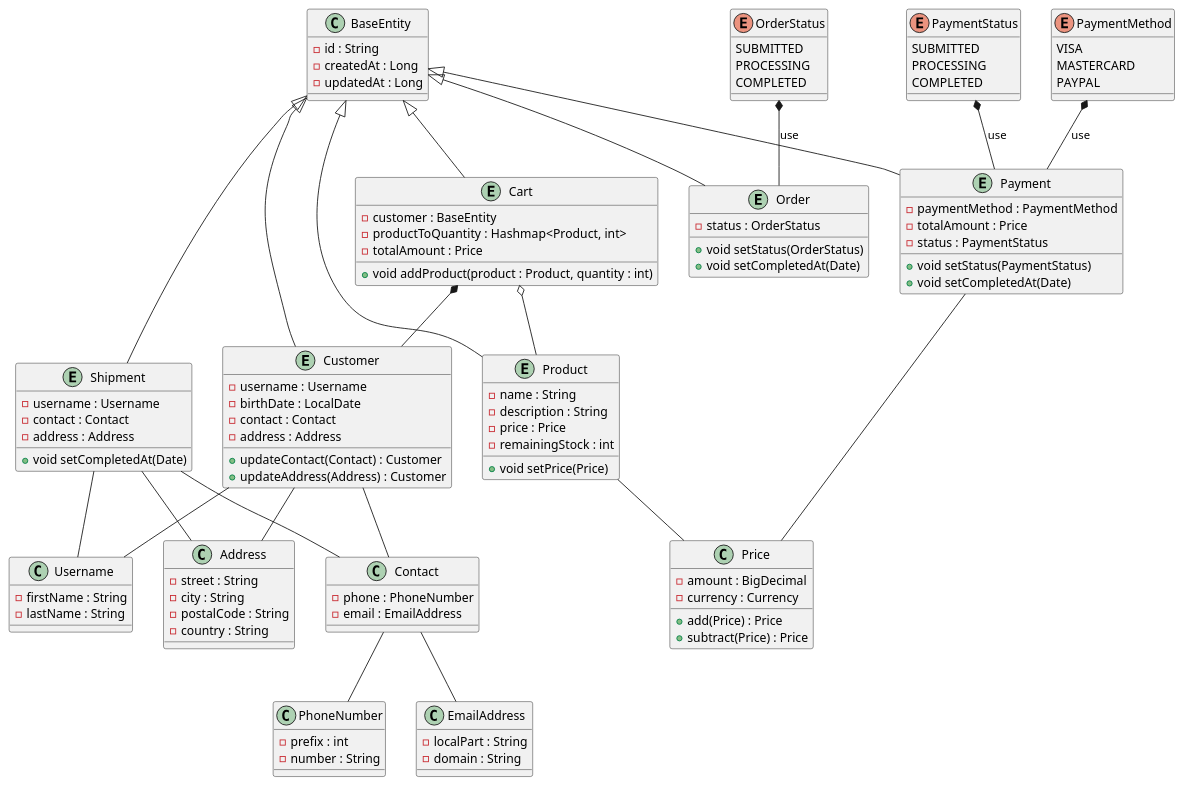
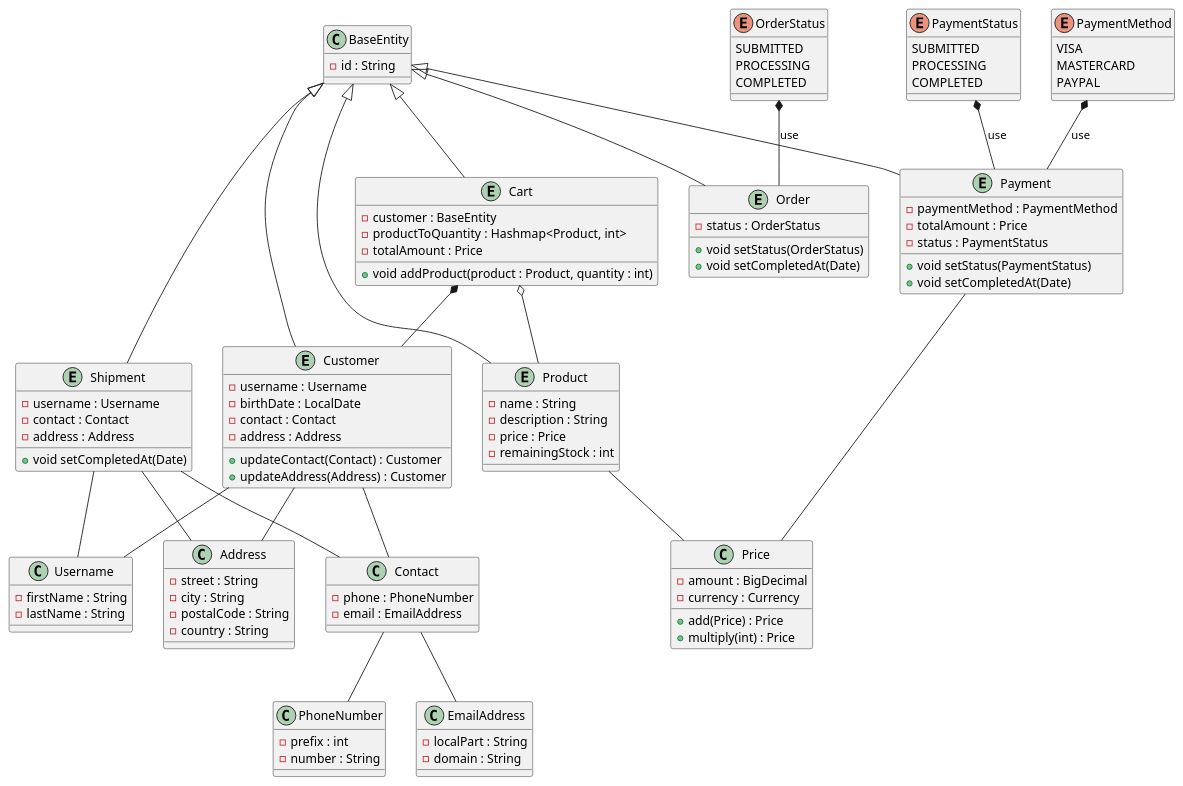
One commit to kagokla/lexailec-store changed the diagram in doc/domain_model_diagram.puml. Above: the diagram before and after it, drawn with PlantUML.

```diff
--- a/doc/domain_model_diagram.puml
+++ b/doc/domain_model_diagram.puml
@@ -1,125 +1,122 @@
 @startuml
 'https://plantuml.com/class-diagram
 
 
 class BaseEntity {
 - id : String
-- createdAt : Long
-- updatedAt : Long
 }
 
 class PhoneNumber {
 - prefix : int
 - number : String
 }
 
 class EmailAddress {
 - localPart : String
 - domain : String
 }
 
 class Contact {
 - phone : PhoneNumber
 - email : EmailAddress
 }
 
 class Address {
 - street : String
 - city : String
 - postalCode : String
 - country : String
 }
 
 class Username {
 - firstName : String
 - lastName : String
 }
 
 entity Customer extends BaseEntity {
 - username : Username
 - birthDate : LocalDate
 - contact : Contact
 - address : Address
 + updateContact(Contact) : Customer
 + updateAddress(Address) : Customer
 }
 
 class Price {
 - amount : BigDecimal
 - currency : Currency
 + add(Price) : Price
-+ subtract(Price) : Price
++ multiply(int) : Price
 }
 
 entity Product extends BaseEntity {
 - name : String
 - description : String
 - price : Price
 - remainingStock : int
-+ void setPrice(Price)
 }
 
 enum PaymentStatus {
 SUBMITTED
 PROCESSING
 COMPLETED
 }
 
 enum PaymentMethod {
 VISA
 MASTERCARD
 PAYPAL
 }
 
 entity Payment extends BaseEntity {
 - paymentMethod : PaymentMethod
 - totalAmount : Price
 - status : PaymentStatus
 + void setStatus(PaymentStatus)
 + void setCompletedAt(Date)
 }
 
 
 entity Shipment extends BaseEntity {
 - username : Username
 - contact : Contact
 - address : Address
 + void setCompletedAt(Date)
 }
 
 entity Cart extends BaseEntity {
 - customer : BaseEntity
 - productToQuantity : Hashmap<Product, int>
 - totalAmount : Price
 + void addProduct(product : Product, quantity : int)
 }
 
 enum OrderStatus {
 SUBMITTED
 PROCESSING
 COMPLETED
 }
 
 entity Order extends BaseEntity {
 - status : OrderStatus
 + void setStatus(OrderStatus)
 + void setCompletedAt(Date)
 }
 
 Cart o-- Product
 Cart *-- Customer
 Payment -- Price
 Product -- Price
 OrderStatus *-- Order : use
 PaymentStatus *-- Payment : use
 PaymentMethod *-- Payment : use
 Contact -- PhoneNumber
 Contact -- EmailAddress
 Customer -- Contact
 Customer -- Username
 Customer -- Address
 Shipment -- Contact
 Shipment -- Username
 Shipment -- Address
 
 @enduml
```
